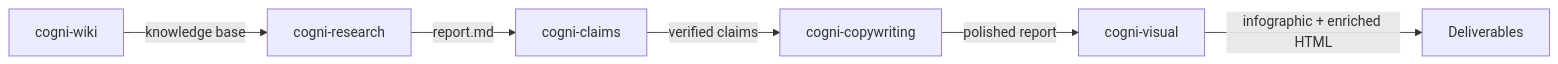
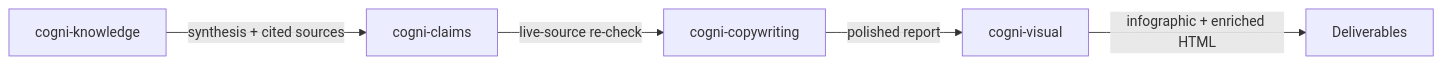
Before and after one commit to cogni-work/insight-wave: the diagram in docs/workflows/research-to-report.md, drawn with Mermaid. The commit also changed other lines of this file and 37 other files, not shown here.

````diff
--- a/docs/workflows/research-to-report.md
+++ b/docs/workflows/research-to-report.md
@@ -7,8 +7,7 @@
 ```mermaid
 graph LR
-    W[cogni-wiki] -->|knowledge base| A[cogni-research]
-    A -->|report.md| B[cogni-claims]
-    B -->|verified claims| C[cogni-copywriting]
+    A[cogni-knowledge] -->|synthesis + cited sources| B[cogni-claims]
+    B -->|live-source re-check| C[cogni-copywriting]
     C -->|polished report| D[cogni-visual]
     D -->|infographic + enriched HTML| E[Deliverables]
 ```
````
